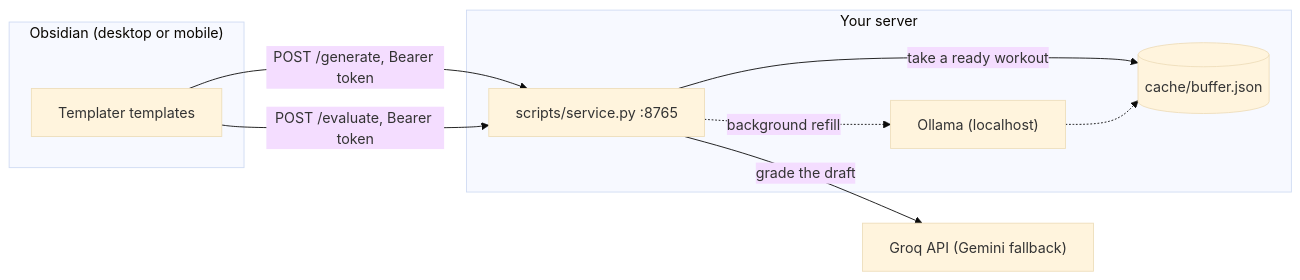
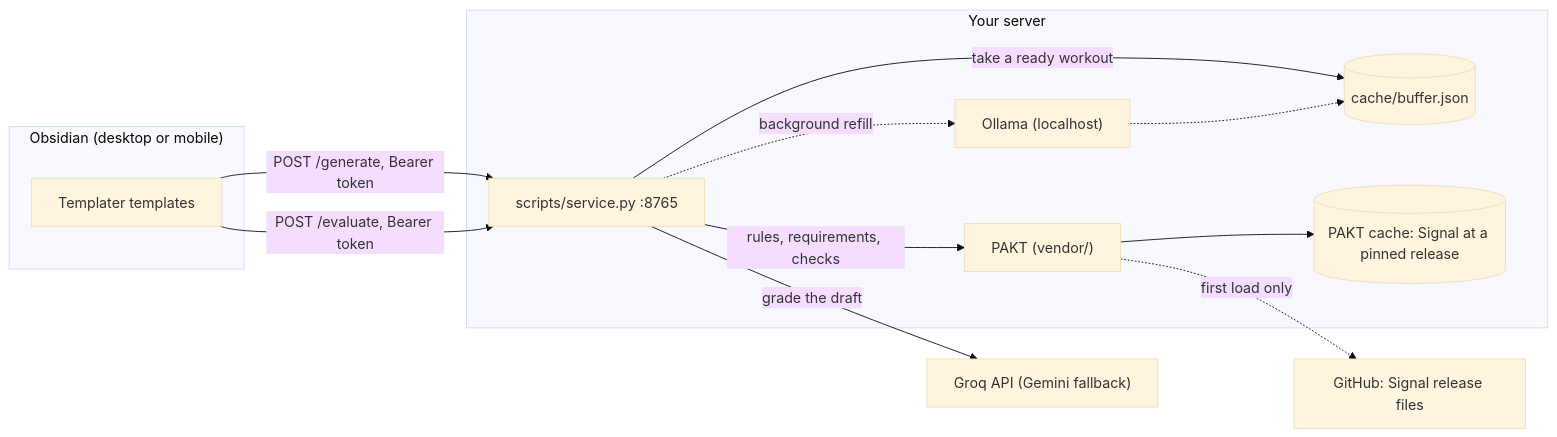
One commit to iiimonfiiire/doc-gym changed the diagram in README.md. Above: the diagram before and after it, drawn with Mermaid (base theme). The commit also changed other lines of this file and 3 other files, not shown here.

First line of the commit message:
Document Signal grading, PAKT pinning, and the new focuses

````diff
--- a/README.md
+++ b/README.md
@@ -13,19 +13,25 @@
 ```mermaid
 flowchart LR
   subgraph Client["Obsidian (desktop or mobile)"]
     T[Templater templates]
   end
   subgraph Server["Your server"]
     S["scripts/service.py :8765"]
     B[("cache/buffer.json")]
     O["Ollama (localhost)"]
+    P["PAKT (vendor/)"]
+    C[("PAKT cache: Signal at a pinned release")]
   end
   G["Groq API (Gemini fallback)"]
+  H["GitHub: Signal release files"]
 
   T -- "POST /generate, Bearer token" --> S
   T -- "POST /evaluate, Bearer token" --> S
   S -- "take a ready workout" --> B
   S -. "background refill" .-> O
   O -.-> B
+  S -- "rules, requirements, checks" --> P
+  P --> C
+  P -. "first load only" .-> H
   S -- "grade the draft" --> G
 ```
````
